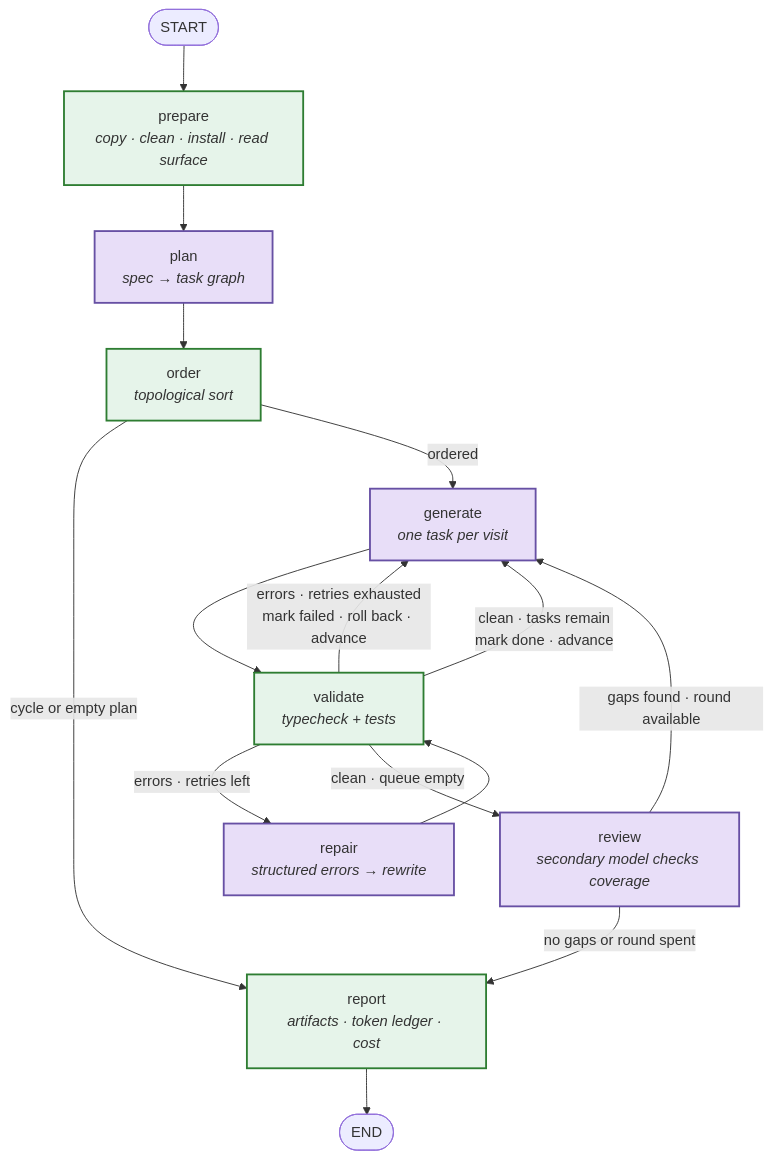
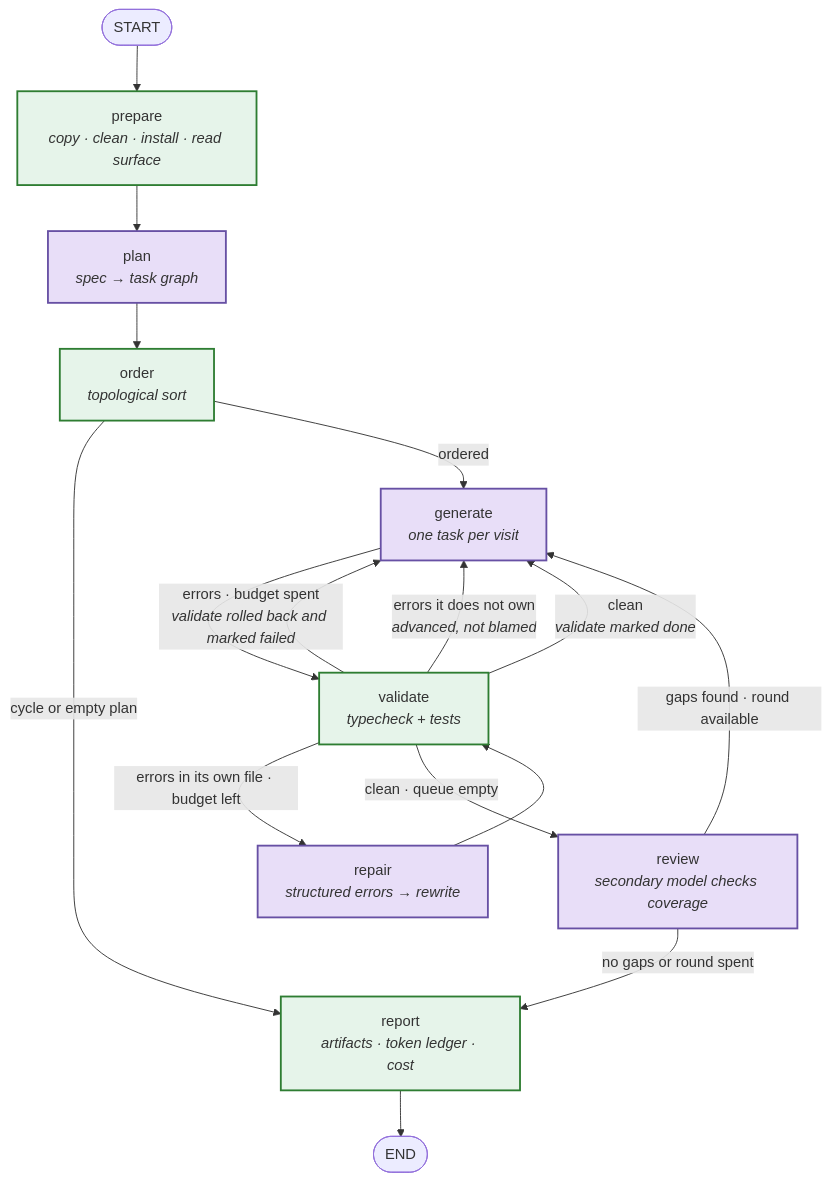
One commit to juancalderonx/spec-to-app-agent changed the diagram in docs/ARCHITECTURE.md. Above: the diagram before and after it, drawn with Mermaid. The commit also changed other lines of this file and 11 other files, not shown here.

Commit message:
feat(agent): repair failures with bounded retries and rollback

````diff
--- a/docs/ARCHITECTURE.md
+++ b/docs/ARCHITECTURE.md
@@ -21,30 +21,31 @@
 ```mermaid
 flowchart TD
     START([START]) --> prepare
     prepare[prepare<br/><i>copy · clean · install · read surface</i>] --> plan
     plan[plan<br/><i>spec → task graph</i>] --> order
     order[order<br/><i>topological sort</i>]
 
     order -->|cycle or empty plan| report
     order -->|ordered| generate
 
     generate[generate<br/><i>one task per visit</i>] --> validate
     repair[repair<br/><i>structured errors → rewrite</i>] --> validate
     validate[validate<br/><i>typecheck + tests</i>]
 
-    validate -->|errors · retries left| repair
-    validate -->|errors · retries exhausted<br/>mark failed · roll back · advance| generate
-    validate -->|clean · tasks remain<br/>mark done · advance| generate
+    validate -->|errors in its own file · budget left| repair
+    validate -->|errors · budget spent<br/><i>validate rolled back and marked failed</i>| generate
+    validate -->|errors it does not own<br/><i>advanced, not blamed</i>| generate
+    validate -->|clean<br/><i>validate marked done</i>| generate
     validate -->|clean · queue empty| review
 
     review[review<br/><i>secondary model checks coverage</i>]
     review -->|gaps found · round available| generate
     review -->|no gaps or round spent| report
 
     report[report<br/><i>artifacts · token ledger · cost</i>] --> DONE([END])
 
     classDef llm fill:#e8def8,stroke:#6750a4,stroke-width:2px
     classDef code fill:#e6f4ea,stroke:#2e7d32,stroke-width:2px
     class plan,generate,repair,review llm
     class prepare,order,validate,report code
 ```
````
